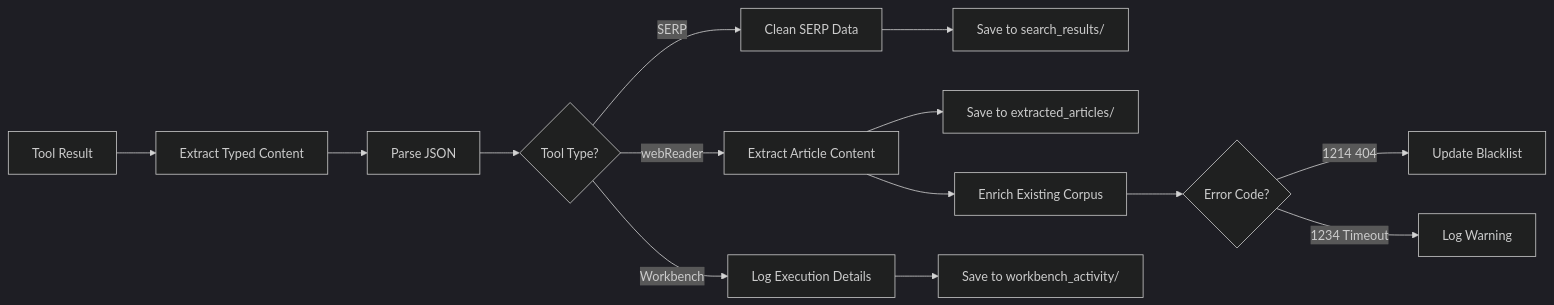
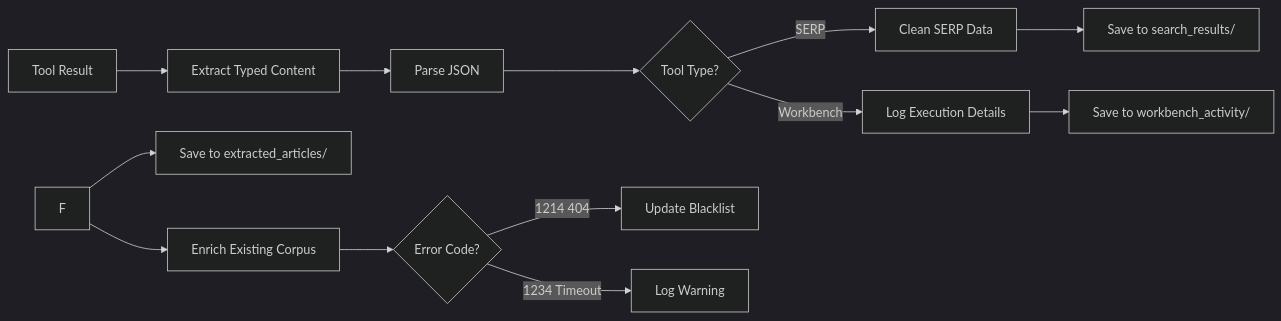
The second of 4 diagrams in Project_Documentation/Architecture/04_observer_pattern.md (Kjdragan/universal_agent), drawn with Mermaid (dark theme) before and after one commit. The commit also changed other lines of this file and 15 other files, not shown here.

Commit message:
feat: implement SubagentStop hook, toolkit banning, and sub-agent tool inheritance while removing Z.AI webReader.

````diff
--- a/Project_Documentation/Architecture/04_observer_pattern.md
+++ b/Project_Documentation/Architecture/04_observer_pattern.md
@@ -146,19 +143,18 @@
 ```mermaid
 flowchart LR
     A[Tool Result] --> B[Extract Typed Content]
     B --> C[Parse JSON]
     C --> D{Tool Type?}
 
     D -->|SERP| E[Clean SERP Data]
-    D -->|webReader| F[Extract Article Content]
     D -->|Workbench| G[Log Execution Details]
 
     E --> H[Save to search_results/]
     F --> I[Save to extracted_articles/]
     F --> J[Enrich Existing Corpus]
     G --> K[Save to workbench_activity/]
 
     J --> L{Error Code?}
     L -->|1214 404| M[Update Blacklist]
     L -->|1234 Timeout| N[Log Warning]
 ```
````
